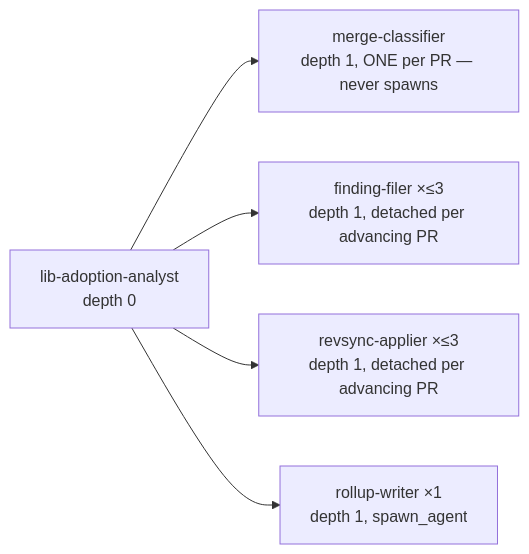
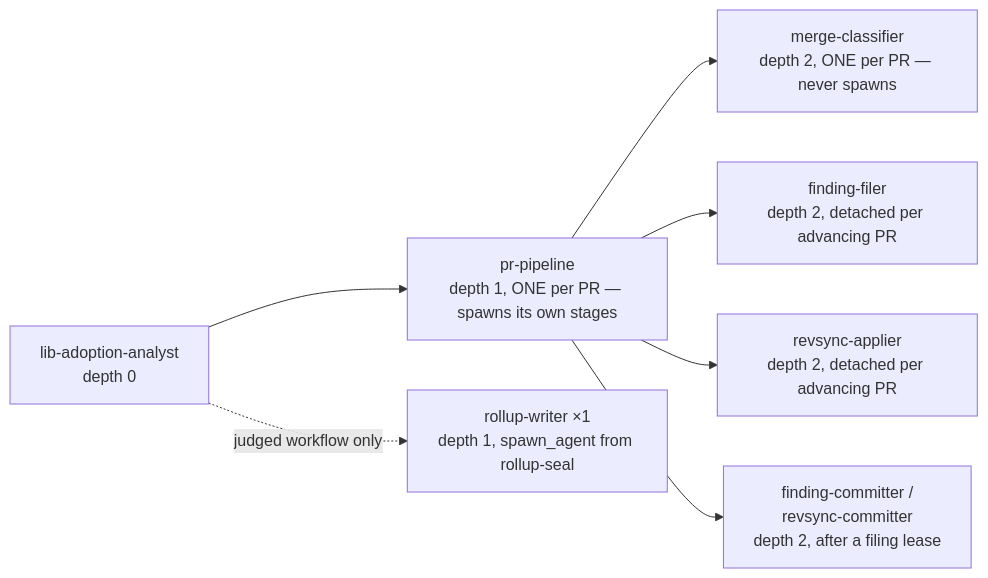
One commit to ahmedhosnypro/craft-libs-adoption changed the fourth of 12 diagrams in docs/workflow-diagrams.md. Above: the diagram before and after it, drawn with Mermaid. The commit also changed other lines of this file and 7 other files, not shown here.

First line of the commit message:
feat(scan): every PR's whole life on its own detached pipeline — 8-step workflow

````diff
--- a/docs/workflow-diagrams.md
+++ b/docs/workflow-diagrams.md
@@ -122,7 +122,9 @@
 ```mermaid
 flowchart LR
-    O["lib-adoption-analyst<br/>depth 0"] --> M["merge-classifier<br/>depth 1, ONE per PR — never spawns"]
-    O --> F["finding-filer ×≤3<br/>depth 1, detached per advancing PR"]
-    O --> A["revsync-applier ×≤3<br/>depth 1, detached per advancing PR"]
-    O --> R["rollup-writer ×1<br/>depth 1, spawn_agent"]
+    O["lib-adoption-analyst<br/>depth 0"] --> PL["pr-pipeline<br/>depth 1, ONE per PR — spawns its own stages"]
+    PL --> M["merge-classifier<br/>depth 2, ONE per PR — never spawns"]
+    PL --> F["finding-filer<br/>depth 2, detached per advancing PR"]
+    PL --> A["revsync-applier<br/>depth 2, detached per advancing PR"]
+    PL --> C["finding-committer /<br/>revsync-committer<br/>depth 2, after a filing lease"]
+    O -.->|"judged workflow only"| RS["rollup-writer ×1<br/>depth 1, spawn_agent from rollup-seal"]
 ```
````
